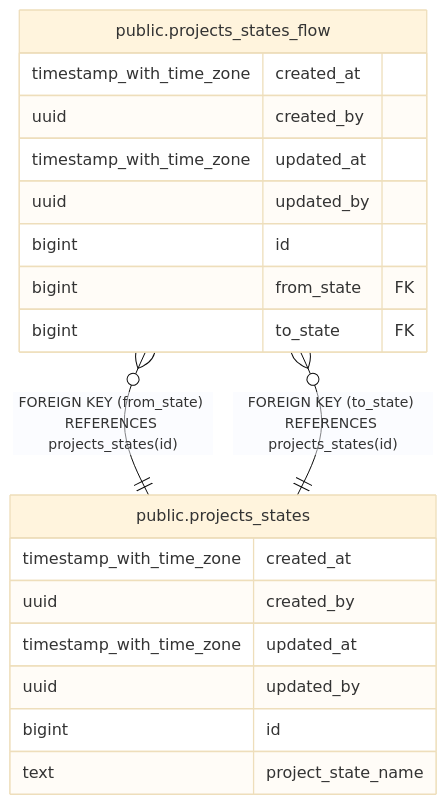
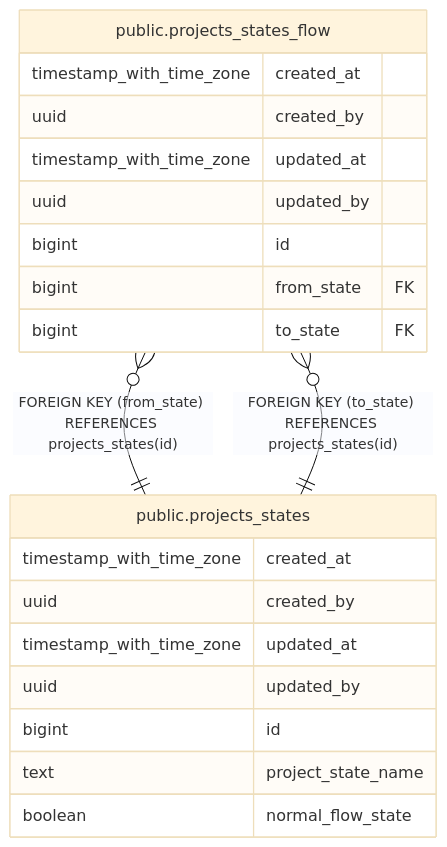
One commit to icristianhernandez/academic-service-backend changed the diagram in docs/db/tbls/public.projects_states_flow.md. Above: the diagram before and after it, drawn with Mermaid (base theme). The commit also changed 16 other files, not shown here.

First line of the commit message:
chore: schema seed data and nullable profile FKs

````diff
--- a/docs/db/tbls/public.projects_states_flow.md
+++ b/docs/db/tbls/public.projects_states_flow.md
@@ -40,24 +40,25 @@
 ```mermaid
 erDiagram
 
 "public.projects_states_flow" }o--|| "public.projects_states" : "FOREIGN KEY (from_state) REFERENCES projects_states(id)"
 "public.projects_states_flow" }o--|| "public.projects_states" : "FOREIGN KEY (to_state) REFERENCES projects_states(id)"
 
 "public.projects_states_flow" {
   timestamp_with_time_zone created_at ""
   uuid created_by ""
   timestamp_with_time_zone updated_at ""
   uuid updated_by ""
   bigint id ""
   bigint from_state FK ""
   bigint to_state FK ""
 }
 "public.projects_states" {
   timestamp_with_time_zone created_at ""
   uuid created_by ""
   timestamp_with_time_zone updated_at ""
   uuid updated_by ""
   bigint id ""
   text project_state_name ""
+  boolean normal_flow_state ""
 }
 ```
````
